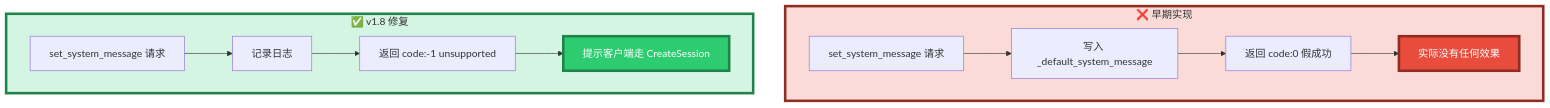
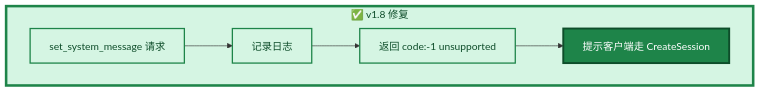
One commit to PassByYou888/LingoFuse-pasAgent changed diagram 12 of 39 in src/llm-service/LingoFuse_LLM_Service_Work_Summary.md. Above: the diagram before and after it, drawn with Mermaid. The commit also changed other lines of this file, not shown here.

````diff
--- a/src/llm-service/LingoFuse_LLM_Service_Work_Summary.md
+++ b/src/llm-service/LingoFuse_LLM_Service_Work_Summary.md
@@ -368,19 +409,14 @@
 ```mermaid
 flowchart TB
-    subgraph OLD["❌ 早期实现"]
-        O1["set_system_message 请求"] --> O2["写入 _default_system_message"]
-        O2 --> O3["返回 code:0 假成功"]
-        O3 --> O4["实际没有任何效果"]
-    end
-
     subgraph NEW["✅ v1.8 修复"]
         N1["set_system_message 请求"] --> N2["记录日志"]
         N2 --> N3["返回 code:-1 unsupported"]
         N3 --> N4["提示客户端走 CreateSession"]
     end
 
-    style OLD fill:#FADBD8,stroke:#922B21,stroke-width:4px
-    style NEW fill:#D5F5E3,stroke:#1E8449,stroke-width:4px
-    style O4 fill:#E74C3C,stroke:#922B21,stroke-width:4px,color:#FFFFFF
-    style N4 fill:#2ECC71,stroke:#1E8449,stroke-width:4px,color:#FFFFFF
+    style NEW fill:#D5F5E3,stroke:#1E8449,stroke-width:4px,color:#0E4D2A
+    style N1 fill:#D5F5E3,stroke:#1E8449,stroke-width:2px,color:#0E4D2A
+    style N2 fill:#D5F5E3,stroke:#1E8449,stroke-width:2px,color:#0E4D2A
+    style N3 fill:#D5F5E3,stroke:#1E8449,stroke-width:2px,color:#0E4D2A
+    style N4 fill:#1E8449,stroke:#0E4D2A,stroke-width:3px,color:#FFFFFF
 ```
````
